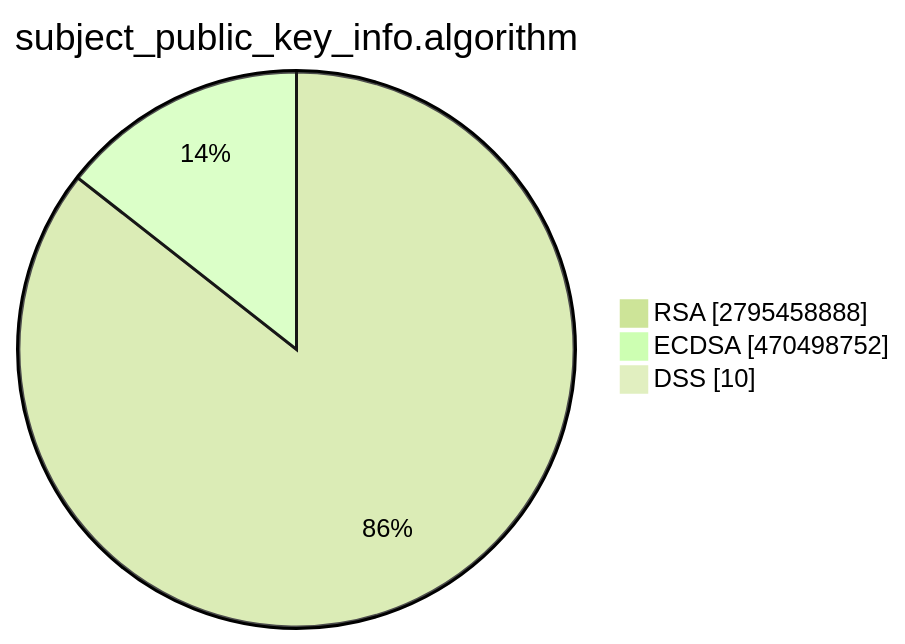
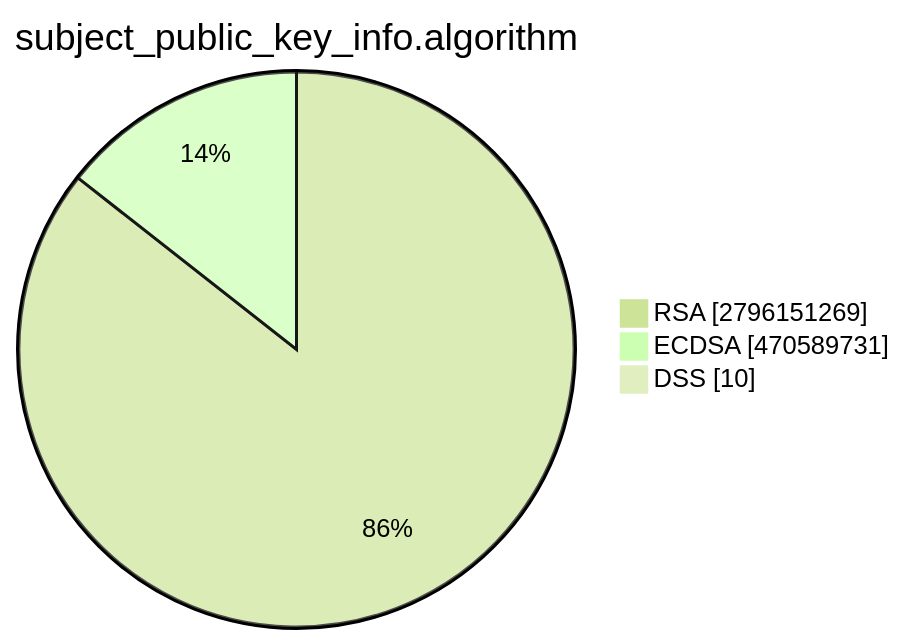
One commit to christiankrug/ctmonitor_visualization changed the second of 15 diagrams in TOTAL/README.md. Above: the diagram before and after it, drawn with Mermaid (forest theme). The commit also changed other lines of this file, not shown here.

````diff
--- a/TOTAL/README.md
+++ b/TOTAL/README.md
@@ -6,7 +6,7 @@
 ```mermaid
 pie showData
 title subject_public_key_info.algorithm
-"RSA" :2795458888
-"ECDSA" :470498752
+"RSA" :2796151269
+"ECDSA" :470589731
 "DSS" :10
 ```
````
